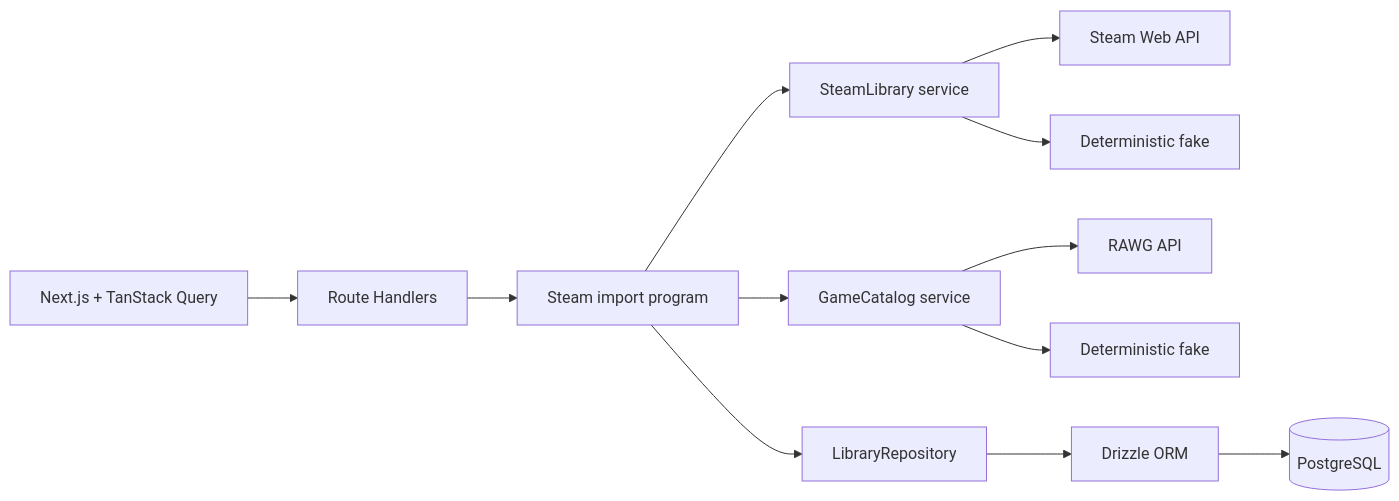
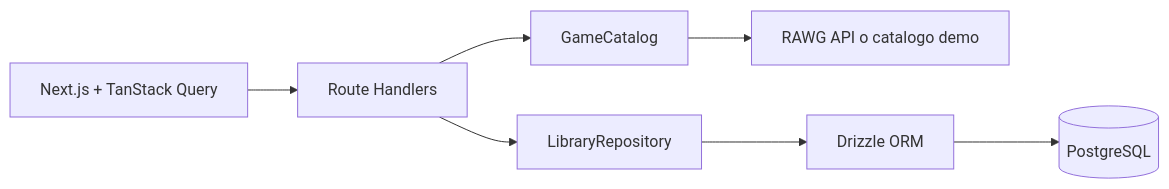
The diagram in README.md (EliaGuarnieri/checkpoint), drawn with Mermaid before and after one commit. The commit also changed other lines of this file and 42 other files, not shown here.

Commit message:
refactor: remove Steam import and focus on personal library

````diff
--- a/README.md
+++ b/README.md
@@ -80,14 +56,9 @@
 ```mermaid
 flowchart LR
   UI[Next.js + TanStack Query] --> API[Route Handlers]
-  API --> Import[Steam import program]
-  Import --> Steam[SteamLibrary service]
-  Import --> Catalog[GameCatalog service]
-  Import --> Library[LibraryRepository]
-  Steam --> SteamLive[Steam Web API]
-  Steam --> SteamFake[Deterministic fake]
-  Catalog --> Rawg[RAWG API]
-  Catalog --> CatalogFake[Deterministic fake]
+  API --> Catalog[GameCatalog]
+  API --> Library[LibraryRepository]
+  Catalog --> Rawg[RAWG API o catalogo demo]
   Library --> Drizzle[Drizzle ORM]
   Drizzle --> Postgres[(PostgreSQL)]
 ```
````
